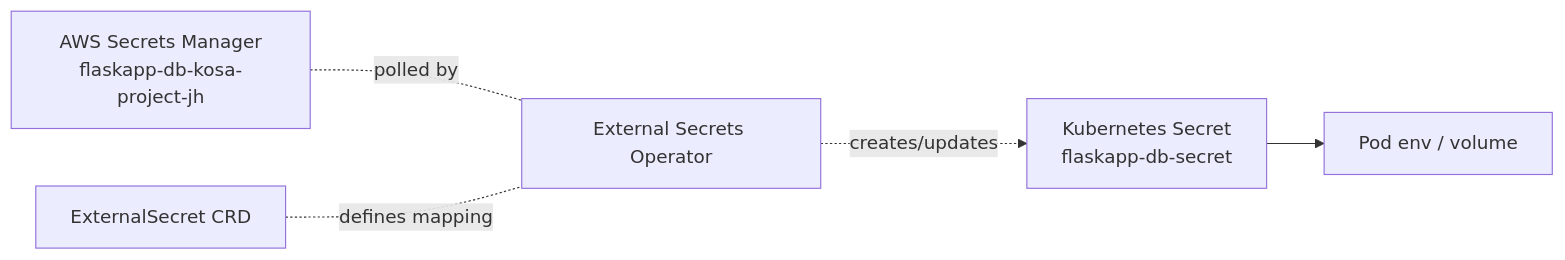
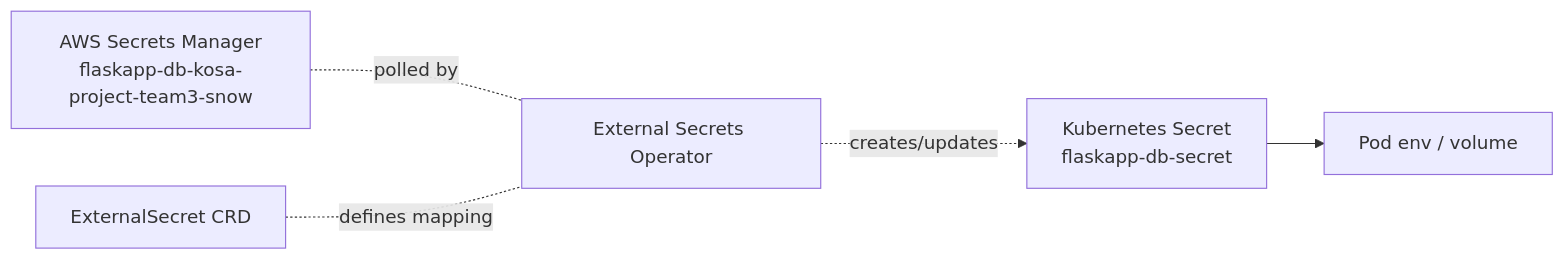
One commit to KOSA-Team-Snow/Docs changed the third of 4 diagrams in aws/04-1-eks-implementation-v2.md. Above: the diagram before and after it, drawn with Mermaid. The commit also changed other lines of this file, not shown here.

````diff
--- a/aws/04-1-eks-implementation-v2.md
+++ b/aws/04-1-eks-implementation-v2.md
@@ -763,13 +763,13 @@
 ```mermaid
 flowchart LR
-    SM[AWS Secrets Manager<br/>flaskapp-db-kosa-project-jh]
+    SM[AWS Secrets Manager<br/>flaskapp-db-kosa-project-team3-snow]
     ESO[ExternalSecret CRD]
     OP[External Secrets Operator]
     K8S[Kubernetes Secret<br/>flaskapp-db-secret]
     POD[Pod env / volume]
 
     SM -. polled by .- OP
     ESO -. defines mapping .- OP
     OP -. creates/updates .-> K8S
     K8S --> POD
 ```
````
